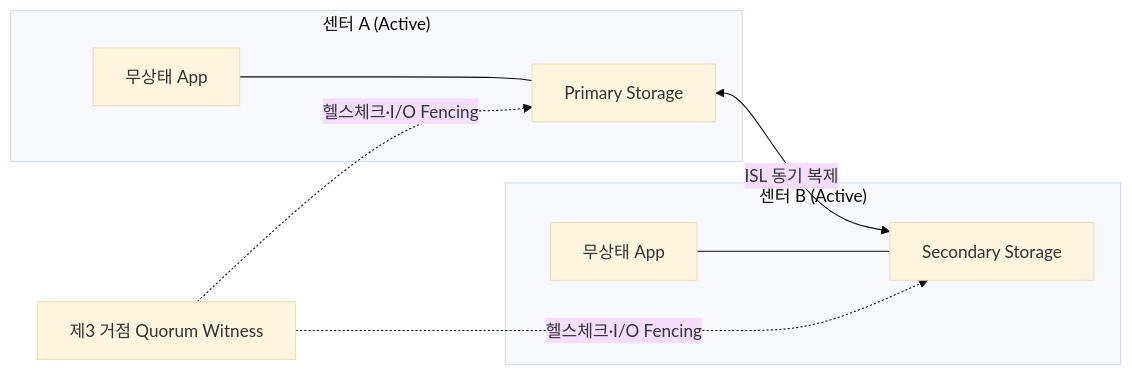
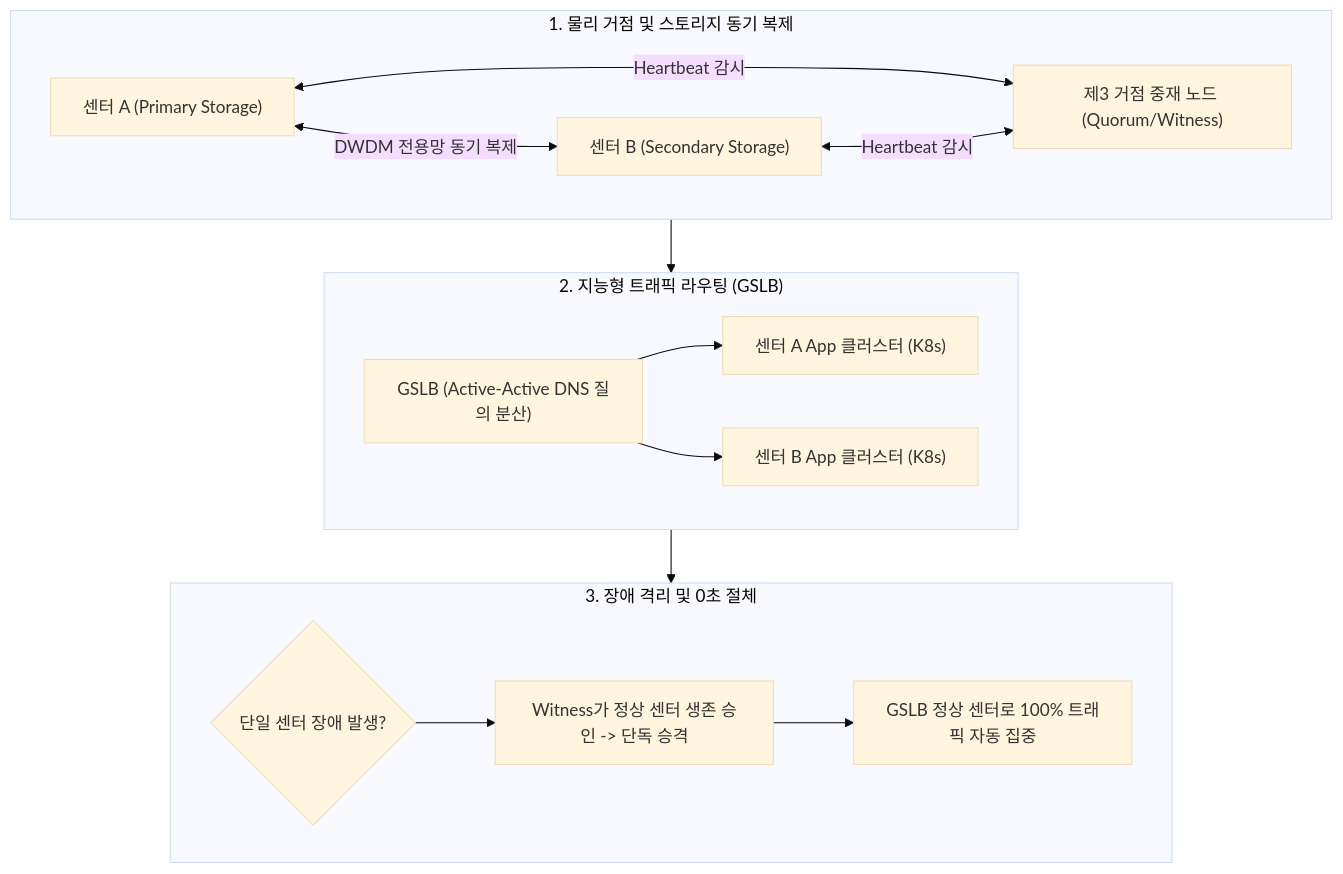
One commit to agnusdei1207/study changed the third of 4 diagrams in src/content/docs/notes/itpe/01-it-strategy/027_active_active_storage_dr.md. Above: the diagram before and after it, drawn with Mermaid (base theme). The commit also changed other lines of this file and 80 other files, not shown here.

````diff
--- a/src/content/docs/notes/itpe/01-it-strategy/027_active_active_storage_dr.md
+++ b/src/content/docs/notes/itpe/01-it-strategy/027_active_active_storage_dr.md
@@ -121,12 +124,23 @@
 ```mermaid
-flowchart LR
-    subgraph DC1["센터 A (Active)"]
-        App1["무상태 App"] --- Sto1["Primary Storage"]
+flowchart TD
+    subgraph Sites["1. 물리 거점 및 스토리지 동기 복제"]
+        S1["센터 A (Primary Storage)"] <-->|DWDM 전용망 동기 복제| S2["센터 B (Secondary Storage)"]
+        W["제3 거점 중재 노드 (Quorum/Witness)"]
+        S1 & S2 <-->|Heartbeat 감시| W
     end
-    subgraph DC2["센터 B (Active)"]
-        App2["무상태 App"] --- Sto2["Secondary Storage"]
+    subgraph Routing["2. 지능형 트래픽 라우팅 (GSLB)"]
+        GSLB["GSLB (Active-Active DNS 질의 분산)"]
+        APP1["센터 A App 클러스터 (K8s)"]
+        APP2["센터 B App 클러스터 (K8s)"]
+        GSLB --> APP1 & APP2
     end
-    Sto1 <-->|"ISL 동기 복제"| Sto2
-    Witness["제3 거점 Quorum Witness"] -.->|"헬스체크·I/O Fencing"| Sto1
-    Witness -.->|"헬스체크·I/O Fencing"| Sto2
+    subgraph Failover["3. 장애 격리 및 0초 절체"]
+        F1{"단일 센터 장애 발생?"}
+        F2["Witness가 정상 센터 생존 승인 -> 단독 승격"]
+        F3["GSLB 정상 센터로 100% 트래픽 자동 집중"]
+        F1 --> F2 --> F3
+    end
+
+    Sites --> Routing
+    Routing --> Failover
 ```
````
